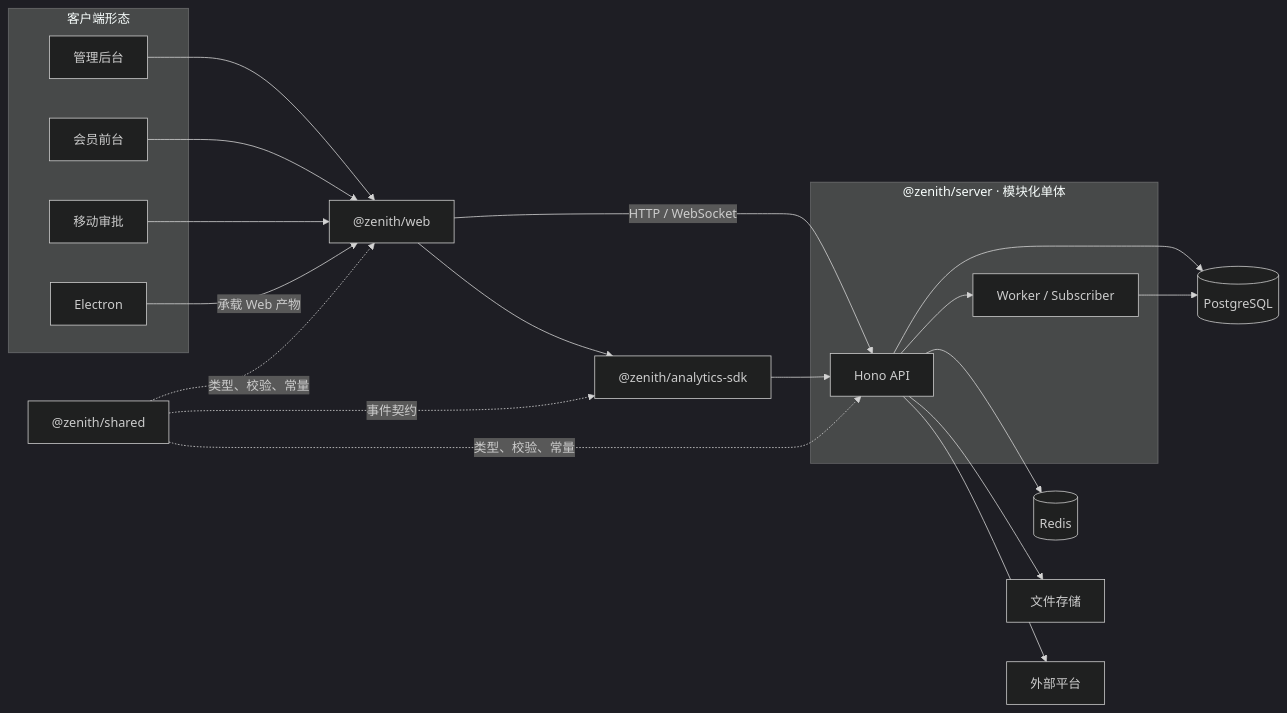
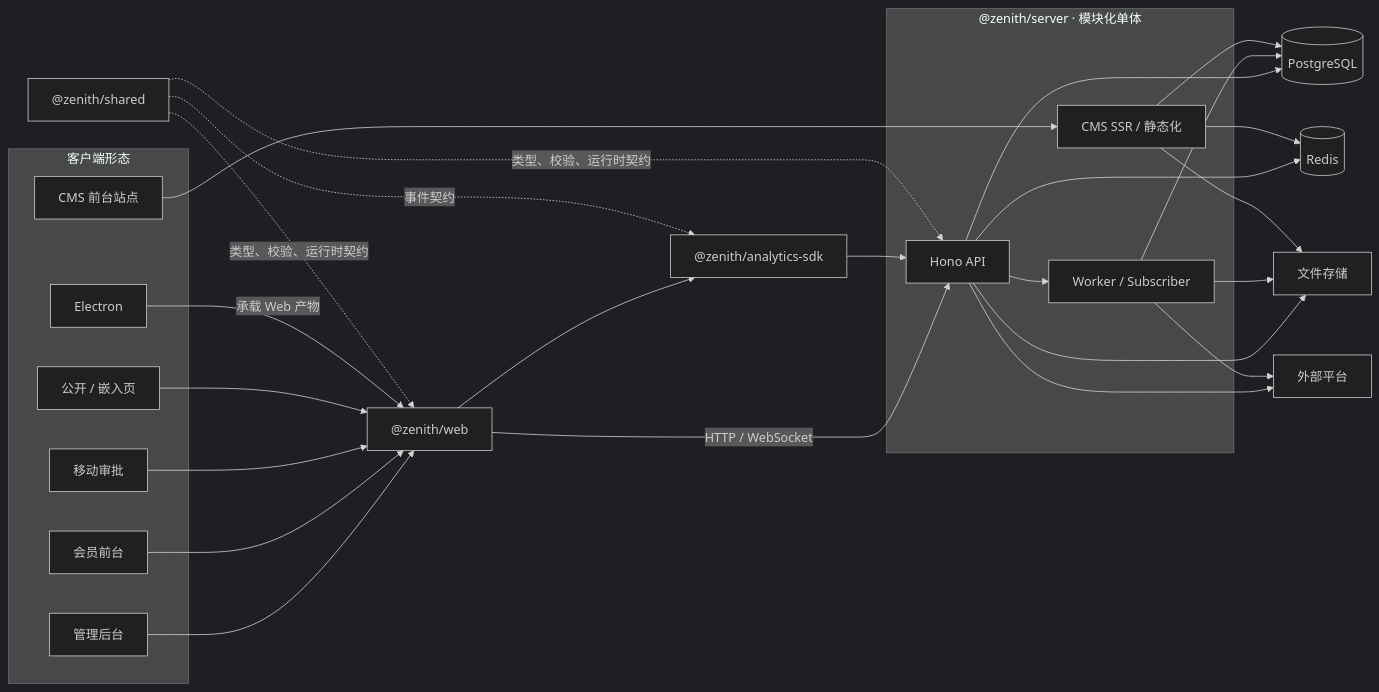
One commit to WuZhangTing/zenith-admin changed the diagram in AGENTS.md. Above: the diagram before and after it, drawn with Mermaid (dark theme). The commit also changed other lines of this file, not shown here.

Commit message:
docs: align AGENTS with project architecture

````diff
--- a/AGENTS.md
+++ b/AGENTS.md
@@ -20,41 +20,51 @@
 ```mermaid
 flowchart LR
     subgraph Clients["客户端形态"]
         Admin["管理后台"]
         Member["会员前台"]
         Approval["移动审批"]
+        Public["公开 / 嵌入页"]
+        CmsSite["CMS 前台站点"]
         Desktop["Electron"]
     end
 
     Web["@zenith/web"]
     SDK["@zenith/analytics-sdk"]
     Shared["@zenith/shared"]
 
     subgraph Backend["@zenith/server · 模块化单体"]
         API["Hono API"]
+        CmsFrontend["CMS SSR / 静态化"]
         Runtime["Worker / Subscriber"]
     end
 
     DB[("PostgreSQL")]
     Redis[("Redis")]
     Storage["文件存储"]
     External["外部平台"]
 
     Admin --> Web
     Member --> Web
     Approval --> Web
+    Public --> Web
+    CmsSite --> CmsFrontend
     Desktop -->|"承载 Web 产物"| Web
     Web -->|"HTTP / WebSocket"| API
     Web --> SDK
     SDK --> API
     API --> Runtime
     API --> DB
     API --> Redis
     API --> Storage
     API --> External
     Runtime --> DB
+    Runtime --> Storage
+    Runtime --> External
+    CmsFrontend --> DB
+    CmsFrontend --> Redis
+    CmsFrontend --> Storage
 
-    Shared -. "类型、校验、常量" .-> Web
-    Shared -. "类型、校验、常量" .-> API
+    Shared -. "类型、校验、运行时契约" .-> Web
+    Shared -. "类型、校验、运行时契约" .-> API
     Shared -. "事件契约" .-> SDK
 ```
````
